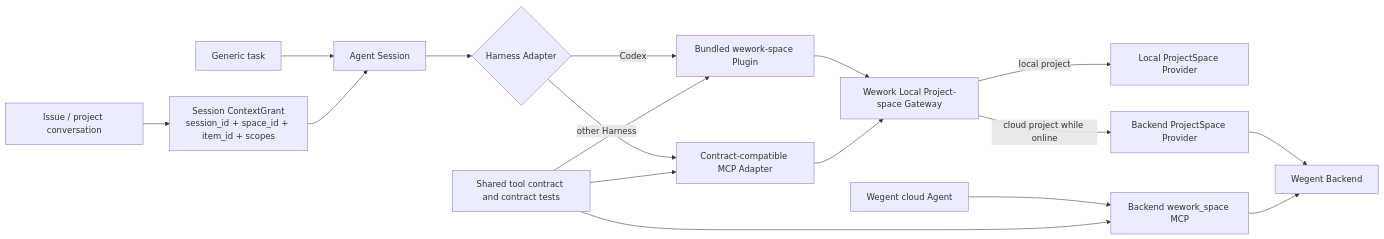
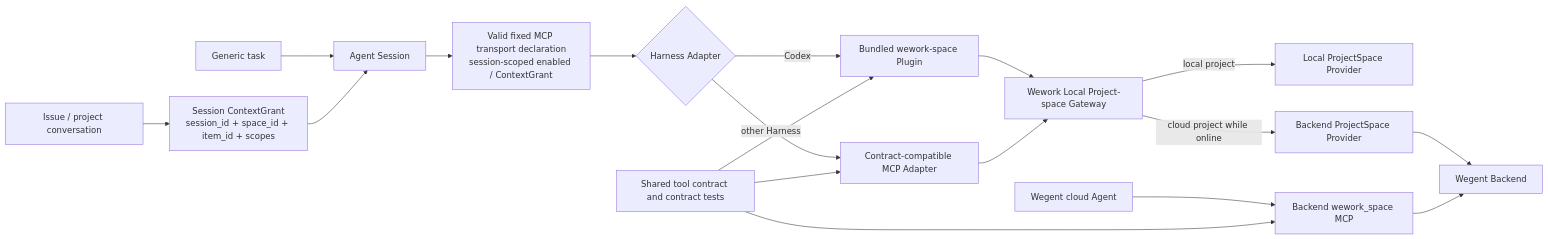
One commit to wecode-ai/Wegent changed the first of 2 diagrams in docs/en/architecture/project-space-agent-capability.md. Above: the diagram before and after it, drawn with Mermaid. The commit also changed other lines of this file and 3 other files, not shown here.

Commit message:
fix(executor): keep disabled project MCP config valid

````diff
--- a/docs/en/architecture/project-space-agent-capability.md
+++ b/docs/en/architecture/project-space-agent-capability.md
@@ -9,19 +9,20 @@
 ```mermaid
 flowchart LR
     ISSUE[Issue / project conversation] --> GRANT[Session ContextGrant<br/>session_id + space_id + item_id + scopes]
     GENERIC[Generic task] --> SESSION[Agent Session]
     GRANT --> SESSION
-    SESSION --> ADAPTER{Harness Adapter}
+    SESSION --> DECLARATION[Valid fixed MCP transport declaration<br/>session-scoped enabled / ContextGrant]
+    DECLARATION --> ADAPTER{Harness Adapter}
     ADAPTER -->|Codex| PLUGIN[Bundled wework-space Plugin]
     ADAPTER -->|other Harness| MCP_ADAPTER[Contract-compatible MCP Adapter]
     PLUGIN --> GATEWAY[Wework Local Project-space Gateway]
     MCP_ADAPTER --> GATEWAY
     GATEWAY -->|local project| LOCAL[Local ProjectSpace Provider]
     GATEWAY -->|cloud project while online| REMOTE[Backend ProjectSpace Provider]
     REMOTE --> BACKEND[Wegent Backend]
     CLOUD[Wegent cloud Agent] --> BACKEND_MCP[Backend wework_space MCP]
     BACKEND_MCP --> BACKEND
     CONTRACT[Shared tool contract and contract tests] --> PLUGIN
     CONTRACT --> MCP_ADAPTER
     CONTRACT --> BACKEND_MCP
 ```
````
